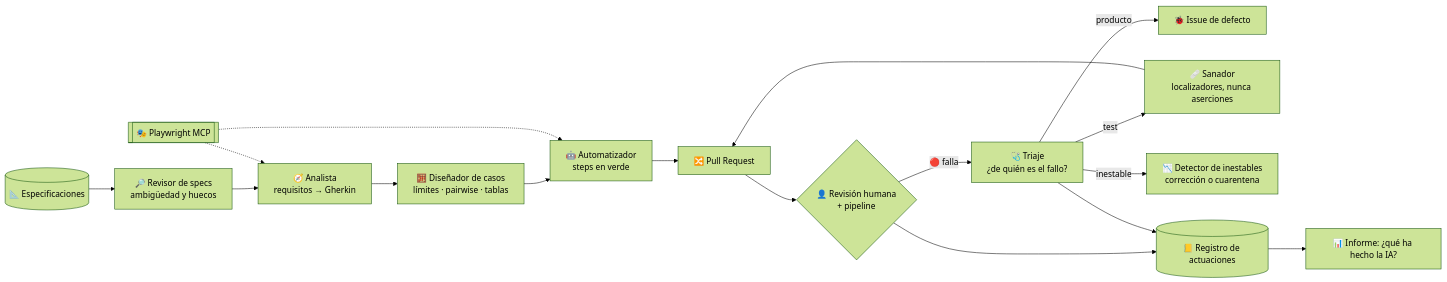
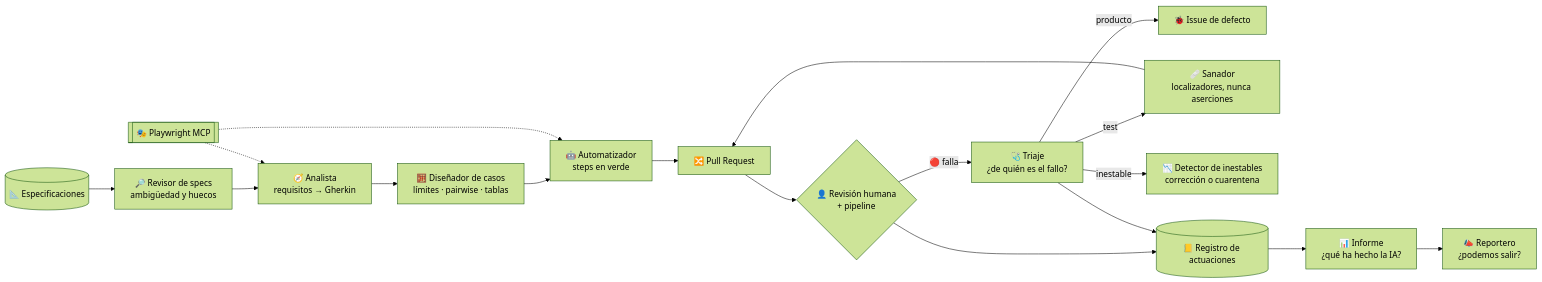
The third of 3 diagrams in README.md (tonyfht/qa-agentic-lab), drawn with Mermaid (forest theme) before and after one commit. The commit also changed other lines of this file and 25 other files, not shown here.

First line of the commit message:
feat(qal-009): informe completo — ¿Podemos salir?, huecos por capacidad, Reportero y guía final

````diff
--- a/README.md
+++ b/README.md
@@ -113,19 +119,20 @@
 ```mermaid
 flowchart LR
   S[("📐 Especificaciones")] --> R["🔎 Revisor de specs<br/>ambigüedad y huecos"]
   R --> A["🧭 Analista<br/>requisitos → Gherkin"]
   A --> D["🧮 Diseñador de casos<br/>límites · pairwise · tablas"]
   D --> U["🤖 Automatizador<br/>steps en verde"]
   M[["🎭 Playwright MCP"]] -.-> A
   M -.-> U
   U --> PR["🔀 Pull Request"]
   PR --> H{"👤 Revisión humana<br/>+ pipeline"}
   H -->|"🔴 falla"| T["🩺 Triaje<br/>¿de quién es el fallo?"]
   T -->|producto| B["🐞 Issue de defecto"]
   T -->|test| SA["🩹 Sanador<br/>localizadores, nunca aserciones"]
   T -->|inestable| FD["📉 Detector de inestables<br/>corrección o cuarentena"]
   SA --> PR
   H --> L[("📒 Registro de actuaciones")]
   T --> L
-  L --> I["📊 Informe: ¿qué ha hecho la IA?"]
+  L --> I["📊 Informe<br/>¿qué ha hecho la IA?"]
+  I --> RP["📣 Reportero<br/>¿podemos salir?"]
 ```
````
